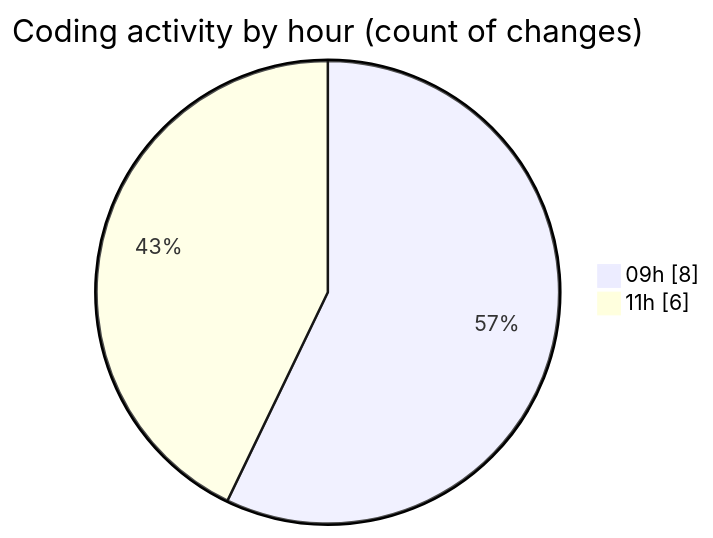
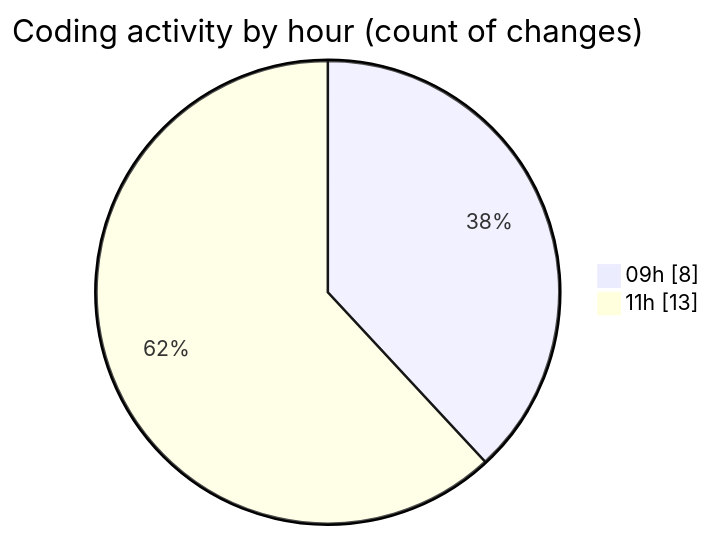
Before and after one commit to momahboobian/code-tracking: the second of 2 diagrams in 2025-11-20/cda/README.md, drawn with Mermaid. The commit also changed other lines of this file and 1 other file, not shown here.

````diff
--- a/2025-11-20/cda/README.md
+++ b/2025-11-20/cda/README.md
@@ -31,6 +31,6 @@
 ```mermaid
 pie showData
 title Coding activity by hour (count of changes)
 "09h" : 8
-"11h" : 6
+"11h" : 13
 ```
````
